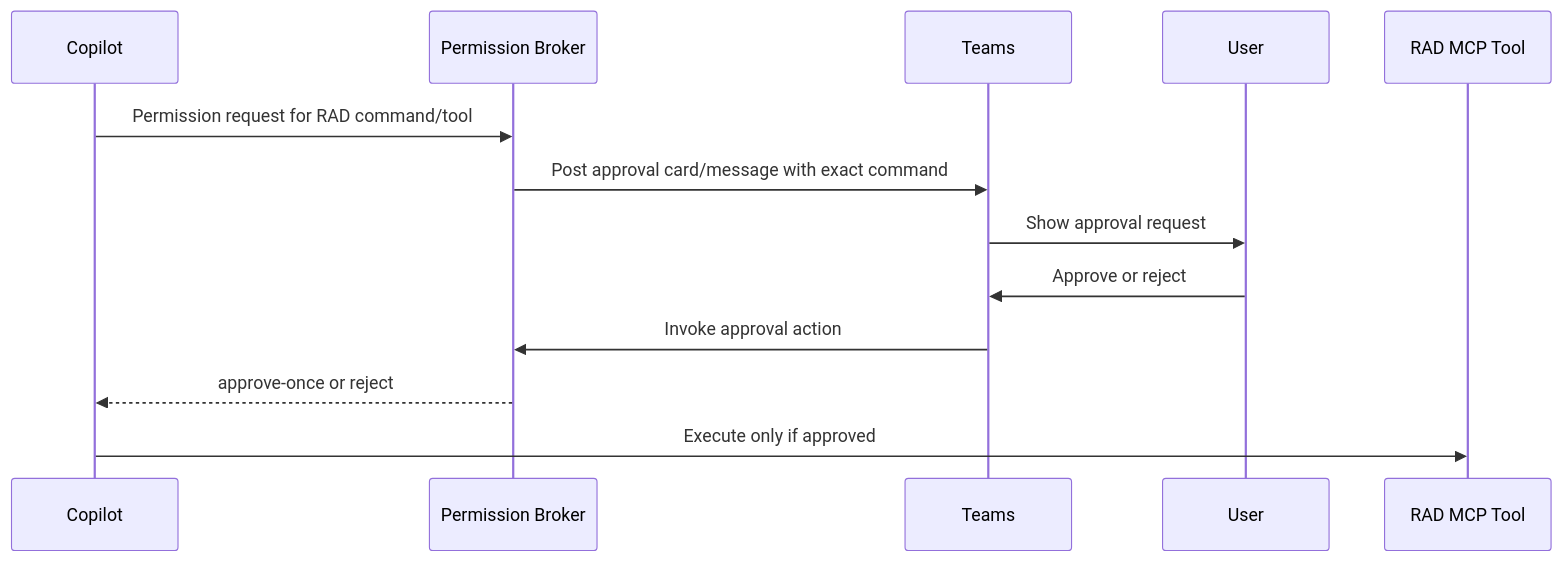
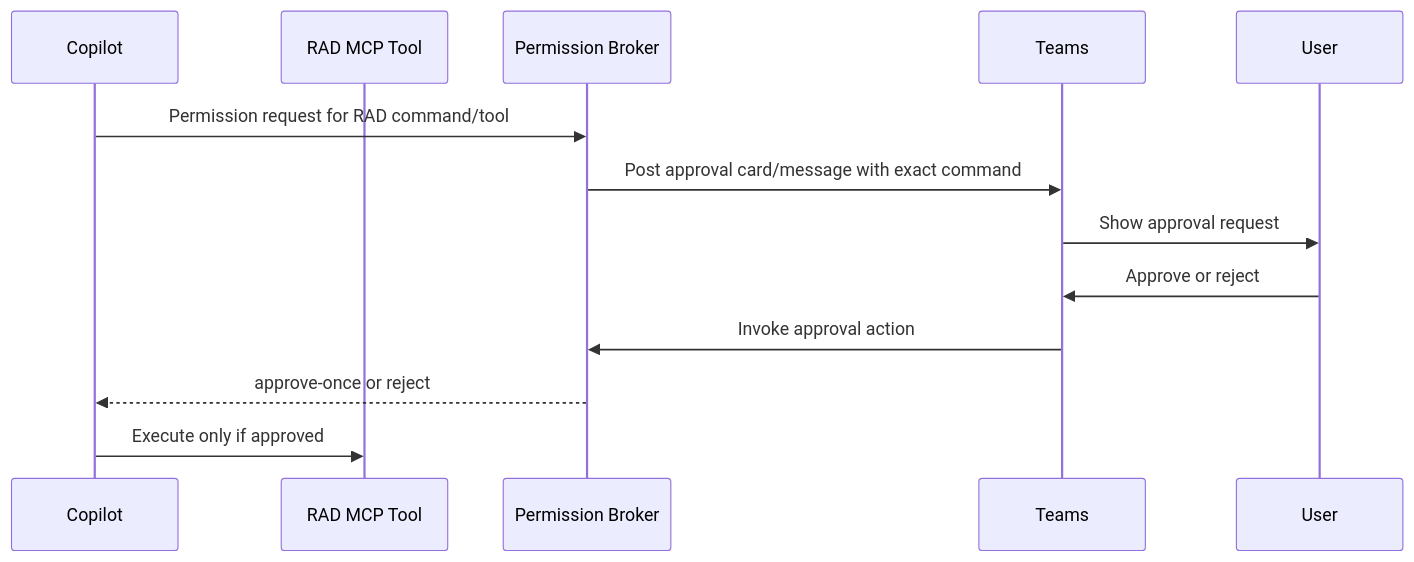
One commit to uzigolan/mat-m365-copilot-rad-agent changed the seventh of 7 diagrams in docs/m365-copilot-rad-agent-architecture.md. Above: the diagram before and after it, drawn with Mermaid. The commit also changed other lines of this file, not shown here.

Commit message:
Adjust approval diagram participant order

````diff
--- a/docs/m365-copilot-rad-agent-architecture.md
+++ b/docs/m365-copilot-rad-agent-architecture.md
@@ -515,16 +515,16 @@
 ```mermaid
 sequenceDiagram
     participant Copilot
+    participant Tool as RAD MCP Tool
     participant Policy as Permission Broker
     participant Teams
     participant User
-    participant Tool as RAD MCP Tool
 
     Copilot->>Policy: Permission request for RAD command/tool
     Policy->>Teams: Post approval card/message with exact command
     Teams->>User: Show approval request
     User->>Teams: Approve or reject
     Teams->>Policy: Invoke approval action
     Policy-->>Copilot: approve-once or reject
     Copilot->>Tool: Execute only if approved
 ```
````
